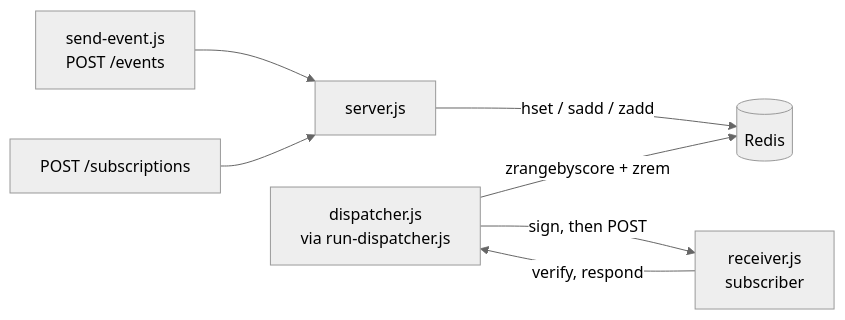
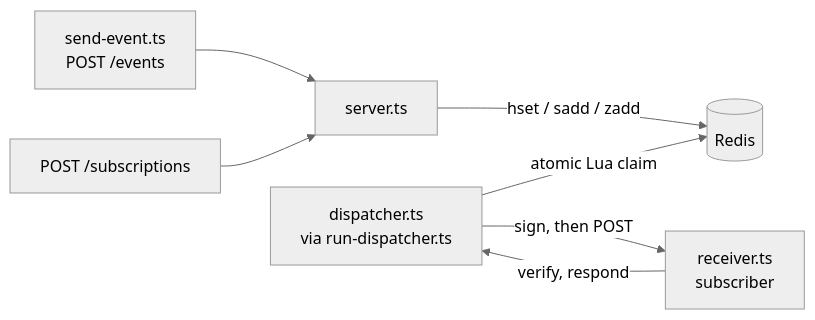
Before and after one commit to liam-m9/webhook-delivery-service: the diagram in README.md, drawn with Mermaid (neutral theme). The commit also changed other lines of this file, not shown here.

````diff
--- a/README.md
+++ b/README.md
@@ -9,9 +9,9 @@
 ```mermaid
 flowchart LR
-    C["send-event.js<br/>POST /events"] --> S["server.js"]
+    C["send-event.ts<br/>POST /events"] --> S["server.ts"]
     C2["POST /subscriptions"] --> S
     S -->|hset / sadd / zadd| R[("Redis")]
-    D["dispatcher.js<br/>via run-dispatcher.js"] -->|zrangebyscore + zrem| R
-    D -->|sign, then POST| RV["receiver.js<br/>subscriber"]
+    D["dispatcher.ts<br/>via run-dispatcher.ts"] -->|atomic Lua claim| R
+    D -->|sign, then POST| RV["receiver.ts<br/>subscriber"]
     RV -->|verify, respond| D
 ```
````
